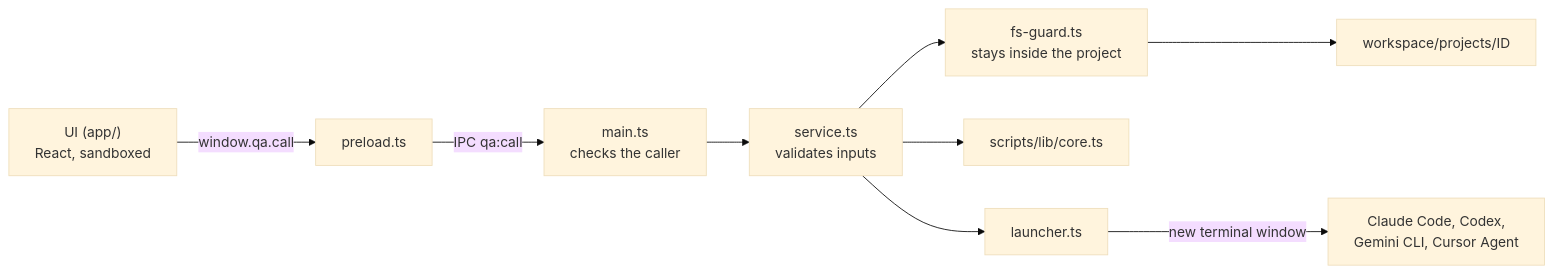
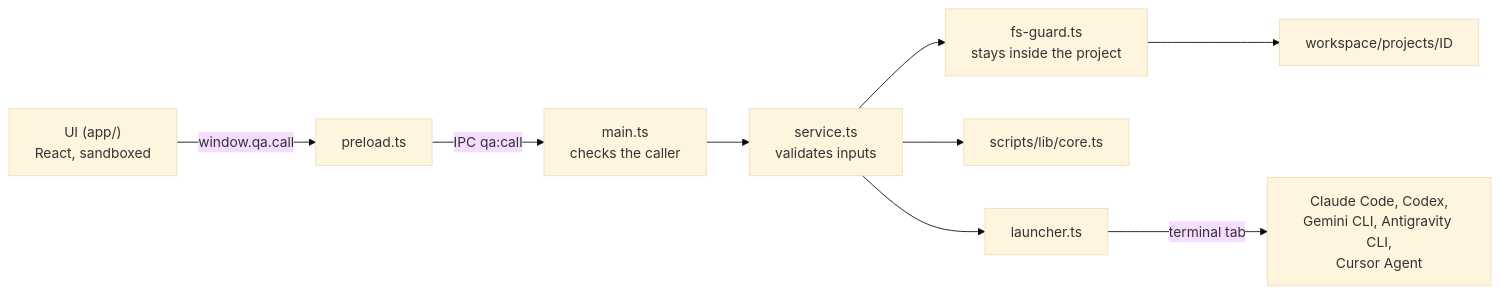
The diagram in docs/desktop-app.md (MagnoSz/quality-agents), drawn with Mermaid (base theme) before and after one commit. The commit also changed other lines of this file and 59 other files, not shown here.

````diff
--- a/docs/desktop-app.md
+++ b/docs/desktop-app.md
@@ -22,11 +28,11 @@
 ```mermaid
 flowchart LR
   UI["UI (app/)<br/>React, sandboxed"] -->|"window.qa.call"| P["preload.ts"]
   P -->|"IPC qa:call"| M["main.ts<br/>checks the caller"]
   M --> S["service.ts<br/>validates inputs"]
   S --> G["fs-guard.ts<br/>stays inside the project"]
   S --> C["scripts/lib/core.ts"]
   S --> L["launcher.ts"]
-  L -->|"new terminal window"| T["Claude Code, Codex,<br/>Gemini CLI, Cursor Agent"]
+  L -->|"terminal tab"| T["Claude Code, Codex,<br/>Gemini CLI, Antigravity CLI,<br/>Cursor Agent"]
   G --> W["workspace/projects/ID"]
 ```
````
